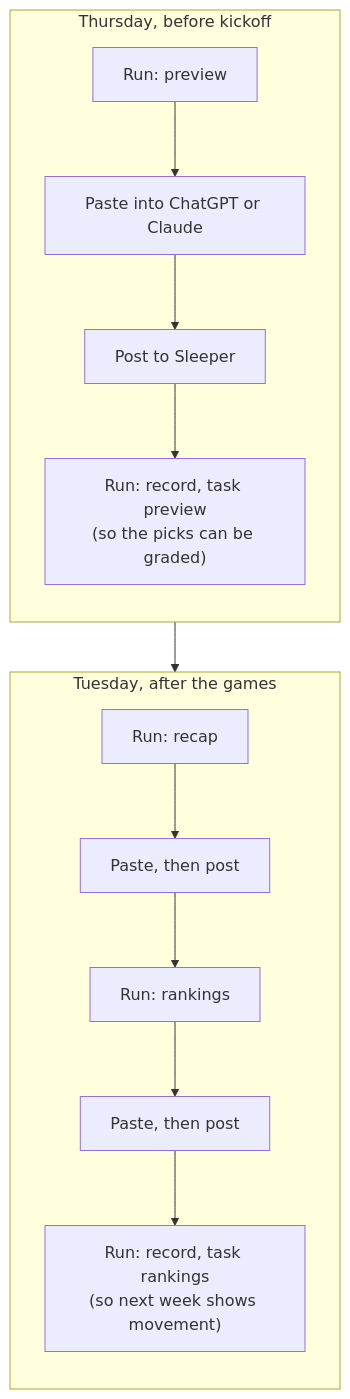
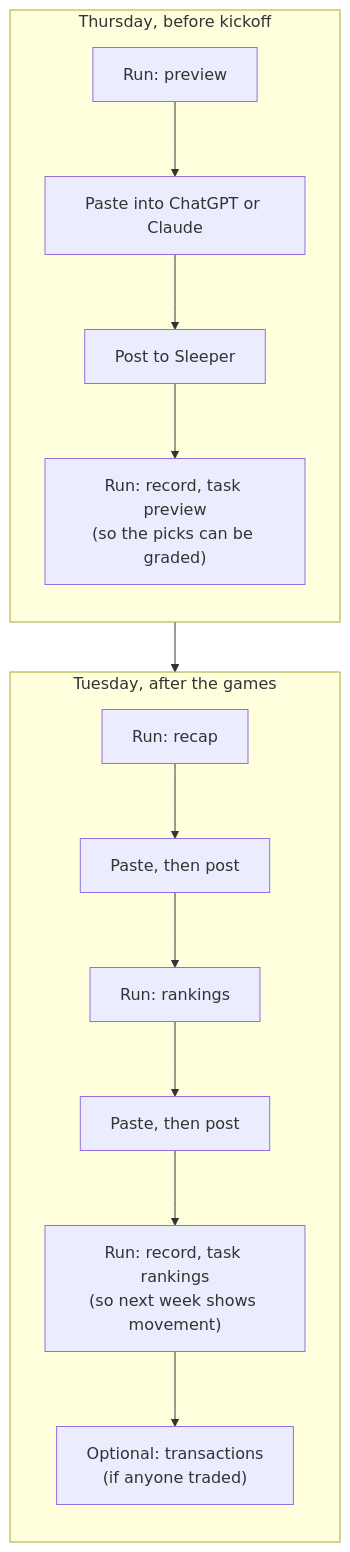
Before and after one commit to ryrykeith/fantasy-pressbox: the third of 3 diagrams in README.md, drawn with Mermaid. The commit also changed other lines of this file and 2 other files, not shown here.

````diff
--- a/README.md
+++ b/README.md
@@ -318,17 +413,18 @@
 ```mermaid
 flowchart TB
     subgraph T["Thursday, before kickoff"]
         direction TB
         A1["Run: preview"] --> A2["Paste into ChatGPT or Claude"]
         A2 --> A3["Post to Sleeper"]
         A3 --> A4["Run: record, task preview<br/>(so the picks can be graded)"]
     end
     subgraph U["Tuesday, after the games"]
         direction TB
         B1["Run: recap"] --> B2["Paste, then post"]
         B2 --> B3["Run: rankings"]
         B3 --> B4["Paste, then post"]
         B4 --> B5["Run: record, task rankings<br/>(so next week shows movement)"]
+        B5 --> B6["Optional: transactions<br/>(if anyone traded)"]
     end
     T --> U
 ```
````
